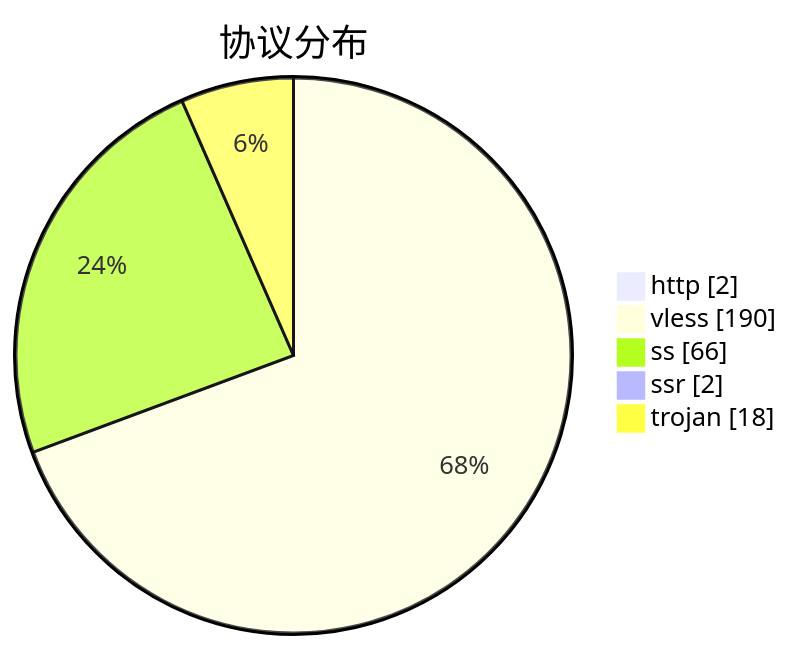
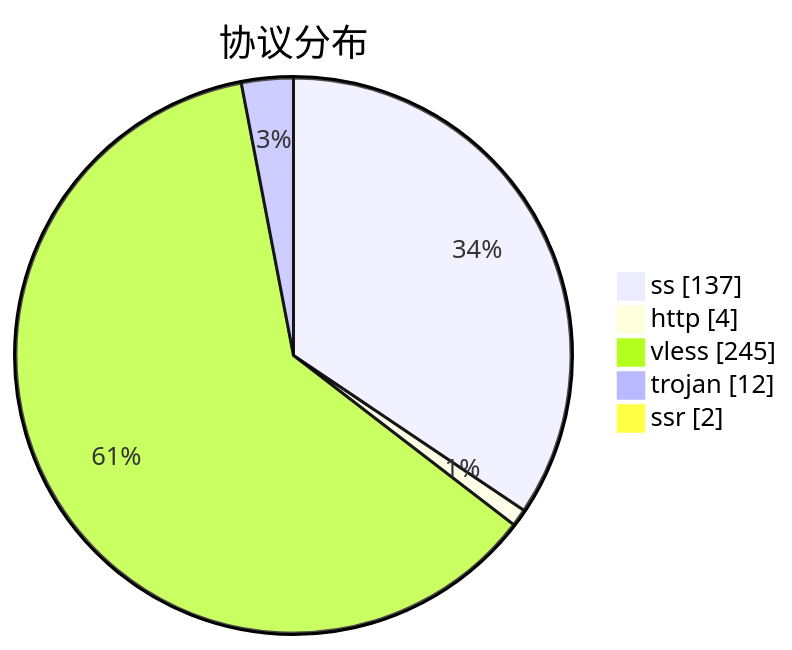
Before and after one commit to qjlxg/airport: the third of 3 diagrams in subs/statistics/tested_within.md, drawn with Mermaid. The commit also changed other lines of this file and 2 other files, not shown here.

````diff
--- a/subs/statistics/tested_within.md
+++ b/subs/statistics/tested_within.md
@@ -18,9 +18,9 @@
 ```mermaid
 pie showData
 title 协议分布
-"http" : 2
-"vless" : 190
-"ss" : 66
+"ss" : 137
+"http" : 4
+"vless" : 245
+"trojan" : 12
 "ssr" : 2
-"trojan" : 18
 ```
````
